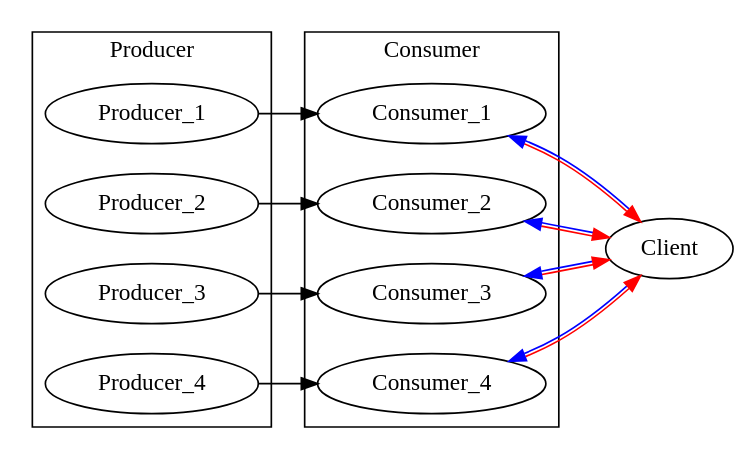
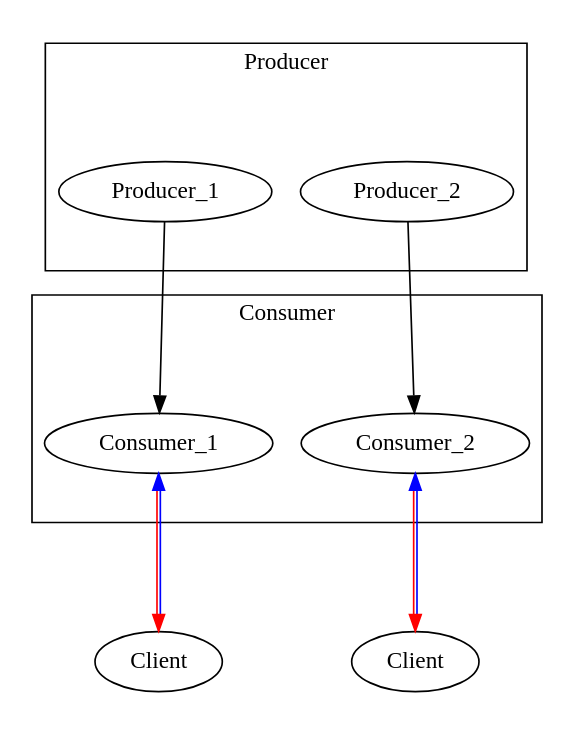
The diagram in graphviz/scene_ovrld_unsync.dot (KeyboardKobold/go-failover), drawn with Graphviz before and after one commit. The commit also changed 1 other file, not shown here.

```diff
--- a/graphviz/scene_ovrld_unsync.dot
+++ b/graphviz/scene_ovrld_unsync.dot
@@ -1,21 +1,26 @@
 digraph {
     overlap=scale
-    rankdir=LR;
+    ratio="1.3"
     compound=true;
 
     subgraph cluster0 {
         label="Consumer";
-        Consumer_1; Consumer_2; Consumer_3; Consumer_4;
+        Consumer_1; Consumer_2;
+        rank="same";
     }
 
     subgraph cluster1 {
         label="Producer";
-        Producer_1; Producer_2; Producer_3; Producer_4;
+        Producer_1; Producer_2;
+        rank="same";
     }
 
     Producer_1 -> Consumer_1
     Producer_2 -> Consumer_2
-    Producer_3 -> Consumer_3
-    Producer_4 -> Consumer_4
-    { Consumer_1 Consumer_2 Consumer_3 Consumer_4 } -> Client [dir=both color="red:blue"]
+
+    Client_1 [label="Client"]
+    Client_2 [label="Client"]
+
+    Consumer_1 -> Client_1 [dir=both color="red:blue"]
+    Consumer_2 -> Client_2 [dir=both color="red:blue"]
 }
```
